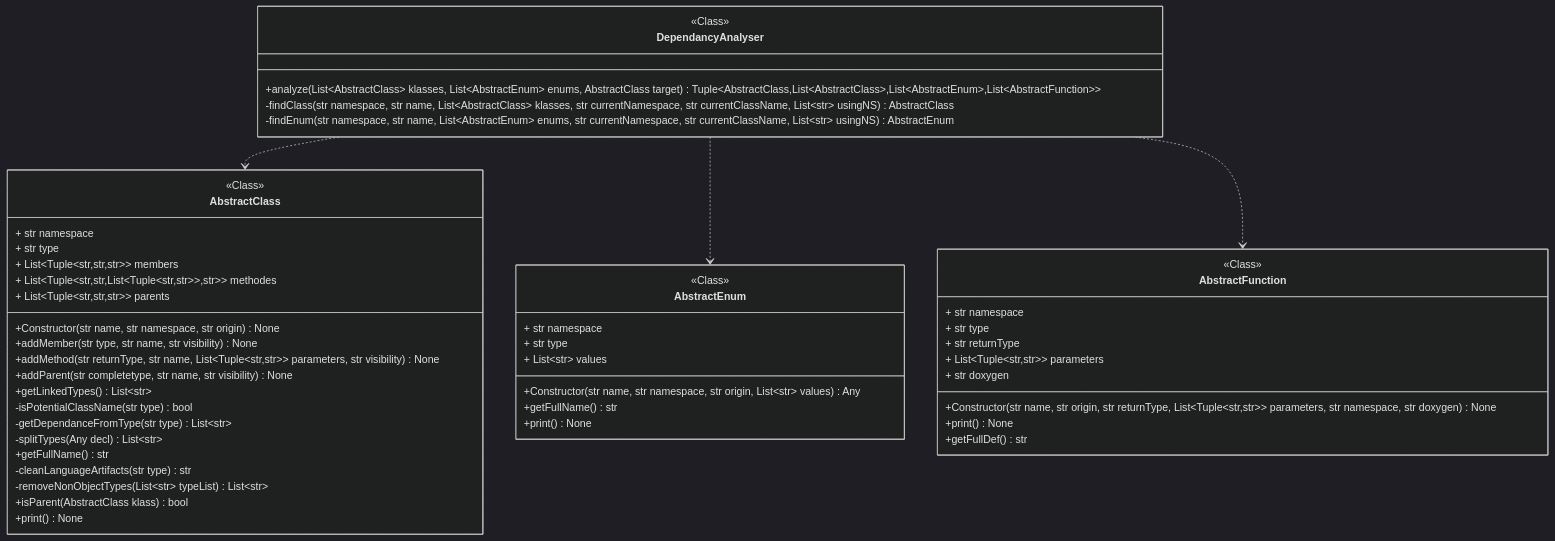
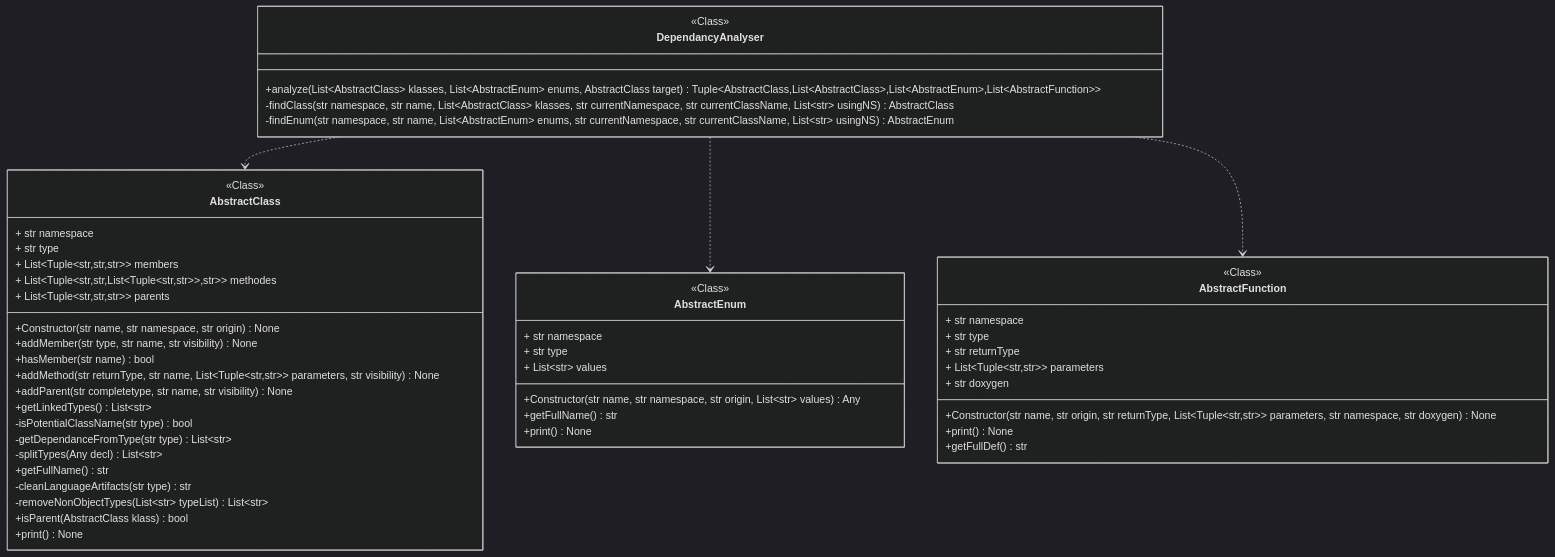
The diagram in docs/source/code/diagrams/pycodeanalyzer_core_analyzer_dependancy_DependancyAnalyser.mmd (miong/pycodeanalyzer), drawn with Mermaid (dark theme) before and after one commit. The commit also changed 17 other files, not shown here.

```diff
--- a/docs/source/code/diagrams/pycodeanalyzer_core_analyzer_dependancy_DependancyAnalyser.mmd
+++ b/docs/source/code/diagrams/pycodeanalyzer_core_analyzer_dependancy_DependancyAnalyser.mmd
@@ -1,54 +1,55 @@
 classDiagram
 class DependancyAnalyser {
 <<Class>>
 +analyze(List~AbstractClass~ klasses, List~AbstractEnum~ enums, AbstractClass target) Tuple&lt;AbstractClass,List&lt;AbstractClass&gt;,List&lt;AbstractEnum&gt;,List&lt;AbstractFunction&gt;&gt;
 -findClass(str namespace, str name, List~AbstractClass~ klasses, str currentNamespace, str currentClassName, List~str~ usingNS) AbstractClass
 -findEnum(str namespace, str name, List~AbstractEnum~ enums, str currentNamespace, str currentClassName, List~str~ usingNS) AbstractEnum
 }
 class AbstractClass {
 <<Class>>
 + str namespace
 + str type
 + List&lt;Tuple&lt;str,str,str&gt;&gt; members
 + List&lt;Tuple&lt;str,str,List&lt;Tuple&lt;str,str&gt;&gt;,str&gt;&gt; methodes
 + List&lt;Tuple&lt;str,str,str&gt;&gt; parents
 +Constructor(str name, str namespace, str origin) None
 +addMember(str type, str name, str visibility) None
++hasMember(str name) bool
 +addMethod(str returnType, str name, List&lt;Tuple&lt;str,str&gt;&gt; parameters, str visibility) None
 +addParent(str completetype, str name, str visibility) None
 +getLinkedTypes() List~str~
 -isPotentialClassName(str type) bool
 -getDependanceFromType(str type) List~str~
 -splitTypes(Any decl) List~str~
 +getFullName() str
 -cleanLanguageArtifacts(str type) str
 -removeNonObjectTypes(List~str~ typeList) List~str~
 +isParent(AbstractClass klass) bool
 +print() None
 }
 link AbstractClass "class££pycodeanalyzer::core::abstraction::objects::AbstractClass"
 class AbstractEnum {
 <<Class>>
 + str namespace
 + str type
 + List~str~ values
 +Constructor(str name, str namespace, str origin, List~str~ values) Any
 +getFullName() str
 +print() None
 }
 link AbstractEnum "class££pycodeanalyzer::core::abstraction::objects::AbstractEnum"
 class AbstractFunction {
 <<Class>>
 + str namespace
 + str type
 + str returnType
 + List&lt;Tuple&lt;str,str&gt;&gt; parameters
 + str doxygen
 +Constructor(str name, str origin, str returnType, List&lt;Tuple&lt;str,str&gt;&gt; parameters, str namespace, str doxygen) None
 +print() None
 +getFullDef() str
 }
 link AbstractFunction "class££pycodeanalyzer::core::abstraction::objects::AbstractFunction"
 DependancyAnalyser ..> AbstractClass
 DependancyAnalyser ..> AbstractEnum
 DependancyAnalyser ..> AbstractFunction
```
